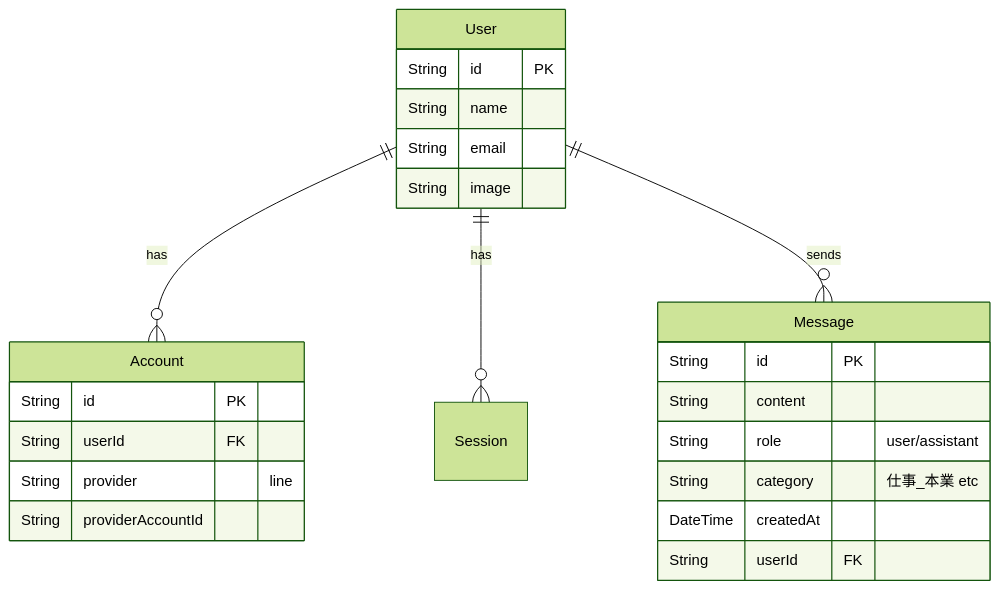
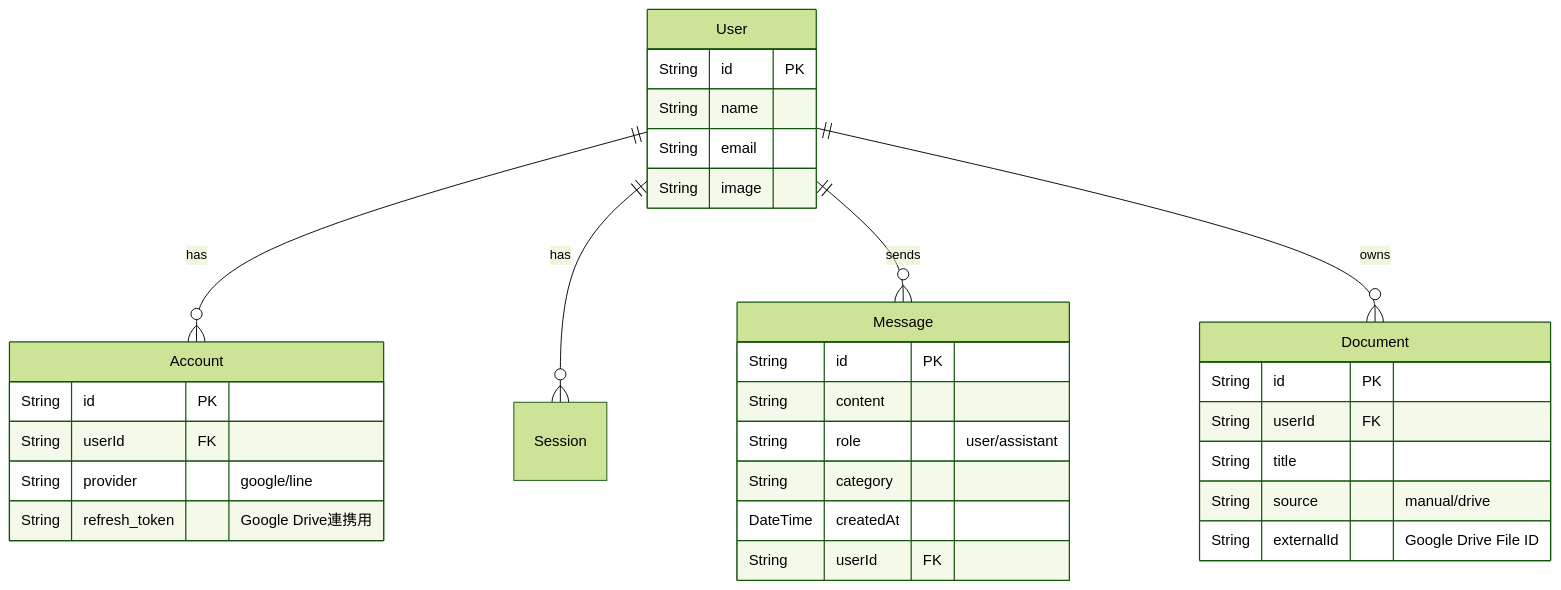
The second of 2 diagrams in docs/specifications.md (YasuNoa/MyRAGApp), drawn with Mermaid (forest theme) before and after one commit. The commit also changed other lines of this file and 9 other files, not shown here.

````diff
--- a/docs/specifications.md
+++ b/docs/specifications.md
@@ -26,29 +26,38 @@
 ```mermaid
 erDiagram
     User ||--o{ Account : has
     User ||--o{ Session : has
     User ||--o{ Message : sends
+    User ||--o{ Document : owns
     
     User {
         String id PK
         String name
         String email
         String image
     }
 
     Account {
         String id PK
         String userId FK
-        String provider "line"
-        String providerAccountId
+        String provider "google/line"
+        String refresh_token "Google Drive連携用"
+    }
+
+    Document {
+        String id PK
+        String userId FK
+        String title
+        String source "manual/drive"
+        String externalId "Google Drive File ID"
     }
 
     Message {
         String id PK
         String content
         String role "user/assistant"
-        String category "仕事_本業 etc"
+        String category
         DateTime createdAt
         String userId FK
     }
 ```
````
